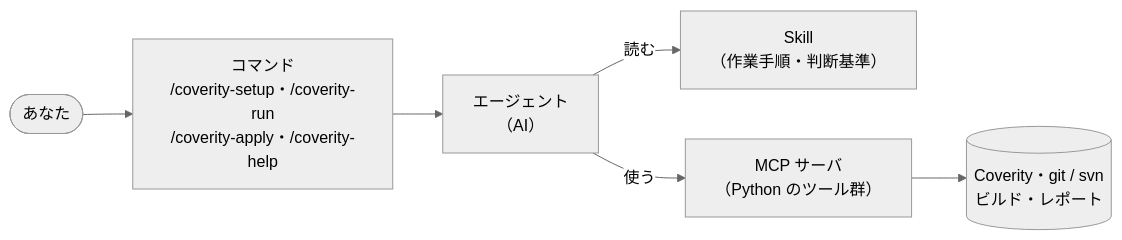
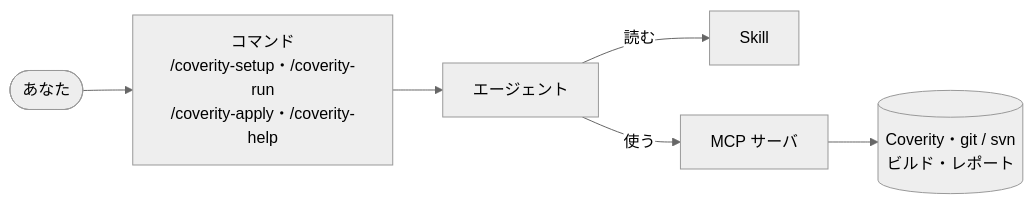
Before and after one commit to imaeda-hub/coverity-triage-agent: the diagram in README.md, drawn with Mermaid (neutral theme). The commit also changed other lines of this file, not shown here.

Commit message:
README: drop explanations of general terms in plugin overview
Claude-Session: https://claude.ai/code/session_012fedDmrrdPwCyoiYhvWgG8

````diff
--- a/README.md
+++ b/README.md
@@ -41,8 +41,8 @@
 ```mermaid
 flowchart LR
     U([あなた]) --> C["コマンド<br>/coverity-setup・/coverity-run<br>/coverity-apply・/coverity-help"]
-    C --> A["エージェント<br>（AI）"]
-    A -- 読む --> S["Skill<br>（作業手順・判断基準）"]
-    A -- 使う --> M["MCP サーバ<br>（Python のツール群）"]
+    C --> A["エージェント"]
+    A -- 読む --> S["Skill"]
+    A -- 使う --> M["MCP サーバ"]
     M --> X[("Coverity・git / svn<br>ビルド・レポート")]
 ```
````
